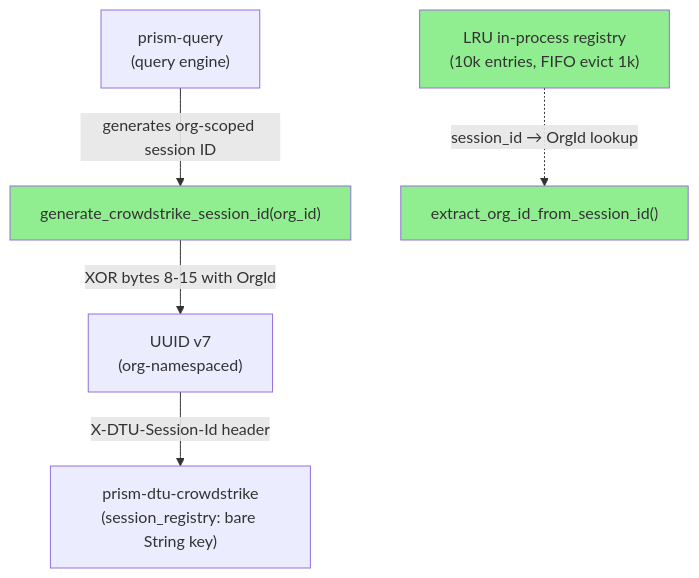
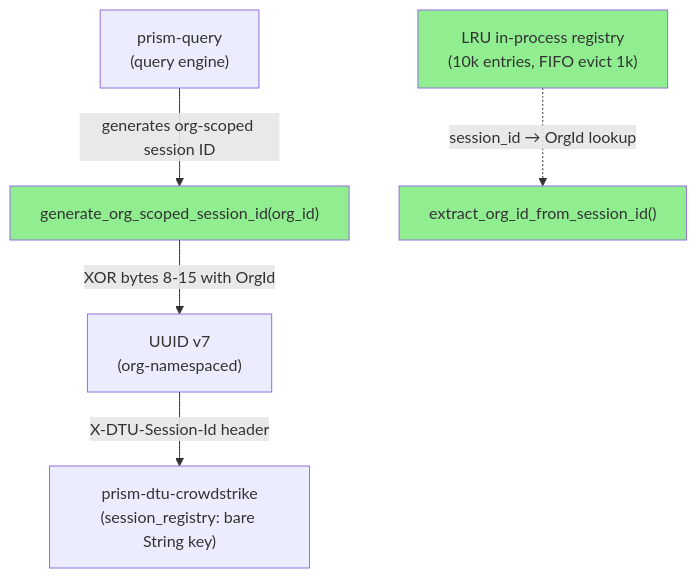
One commit to drbothen/prism changed the first of 5 diagrams in code-delivery/S-3.2.08/pr-description.md. Above: the diagram before and after it, drawn with Mermaid. The commit also changed other lines of this file and 39 other files, not shown here.

````diff
--- a/code-delivery/S-3.2.08/pr-description.md
+++ b/code-delivery/S-3.2.08/pr-description.md
@@ -24,10 +24,10 @@
 ```mermaid
 graph TD
-    PQ["prism-query\n(query engine)"] -->|generates org-scoped session ID| CS["generate_crowdstrike_session_id(org_id)"]
+    PQ["prism-query\n(query engine)"] -->|generates org-scoped session ID| CS["generate_org_scoped_session_id(org_id)"]
     CS -->|XOR bytes 8-15 with OrgId| UUID["UUID v7\n(org-namespaced)"]
     UUID -->|X-DTU-Session-Id header| PDTU["prism-dtu-crowdstrike\n(session_registry: bare String key)"]
     LRUC["LRU in-process registry\n(10k entries, FIFO evict 1k)"] -.->|session_id → OrgId lookup| EX["extract_org_id_from_session_id()"]
     style CS fill:#90EE90
     style LRUC fill:#90EE90
     style EX fill:#90EE90
 ```
````
